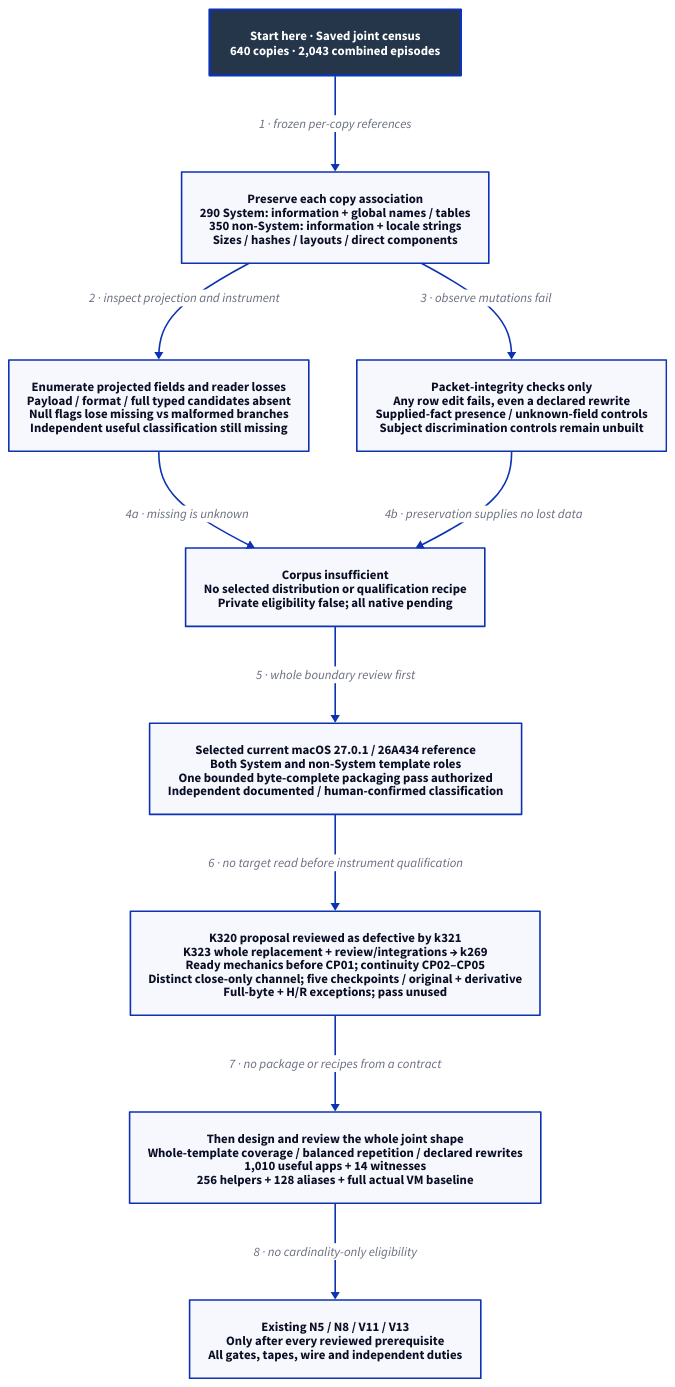
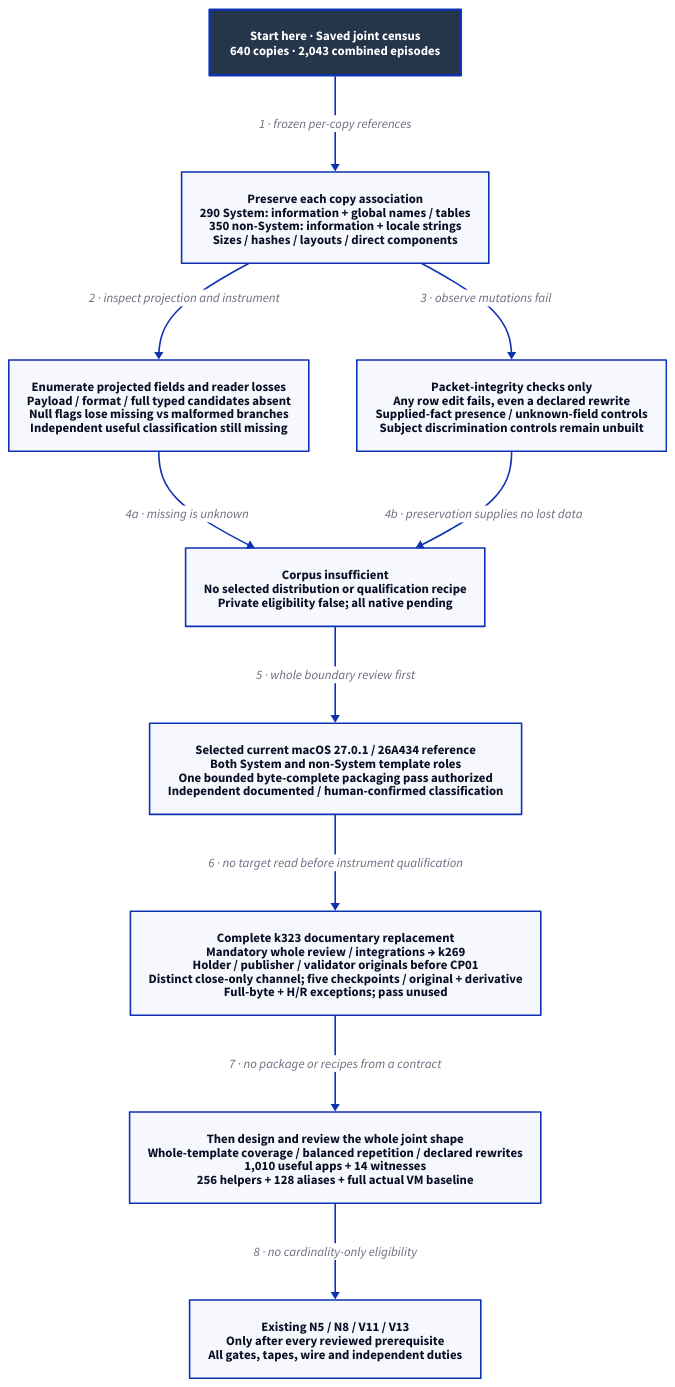
The diagram in docs/design/architecture/native-population-metadata-shape.d2 (Linkuistics/Koine), drawn with D2 before and after one commit. The commit also changed 51 other files, not shown here.

```diff
--- a/docs/design/architecture/native-population-metadata-shape.d2
+++ b/docs/design/architecture/native-population-metadata-shape.d2
@@ -1,23 +1,23 @@
 # Historical boundary and selected current-reference requirements; no useful subject or native pass.
 direction: down
 classes: {
   start: {style: {fill: "#25364B"; font-color: "#FFFFFF"; bold: true; stroke-width: 3}}
 }
 Start: "Start here · Saved joint census\n640 copies · 2,043 combined episodes" {class: start}
 Known: "Preserve each copy association\n290 System: information + global names / tables\n350 non-System: information + locale strings\nSizes / hashes / layouts / direct components"
 Missing: "Enumerate projected fields and reader losses\nPayload / format / full typed candidates absent\nNull flags lose missing vs malformed branches\nIndependent useful classification still missing"
 Control: "Packet-integrity checks only\nAny row edit fails, even a declared rewrite\nSupplied-fact presence / unknown-field controls\nSubject discrimination controls remain unbuilt"
 Boundary: "Corpus insufficient\nNo selected distribution or qualification recipe\nPrivate eligibility false; all native pending"
 Decision: "Selected current macOS 27.0.1 / 26A434 reference\nBoth System and non-System template roles\nOne bounded byte-complete packaging pass authorized\nIndependent documented / human-confirmed classification"
-Contract: "K320 proposal reviewed as defective by k321\nK323 whole replacement + review/integrations → k269\nReady mechanics before CP01; continuity CP02–CP05\nDistinct close-only channel; five checkpoints / original + derivative\nFull-byte + H/R exceptions; pass unused"
+Contract: "Complete k323 documentary replacement\nMandatory whole review / integrations → k269\nHolder / publisher / validator originals before CP01\nDistinct close-only channel; five checkpoints / original + derivative\nFull-byte + H/R exceptions; pass unused"
 Design: "Then design and review the whole joint shape\nWhole-template coverage / balanced repetition / declared rewrites\n1,010 useful apps + 14 witnesses\n256 helpers + 128 aliases + full actual VM baseline"
 Native: "Existing N5 / N8 / V11 / V13\nOnly after every reviewed prerequisite\nAll gates, tapes, wire and independent duties"
 Start -> Known: "1 · frozen per-copy references"
 Known -> Missing: "2 · inspect projection and instrument"
 Known -> Control: "3 · observe mutations fail"
 Missing -> Boundary: "4a · missing is unknown"
 Control -> Boundary: "4b · preservation supplies no lost data"
 Boundary -> Decision: "5 · whole boundary review first"
 Decision -> Contract: "6 · no target read before instrument qualification"
 Contract -> Design: "7 · no package or recipes from a contract"
 Design -> Native: "8 · no cardinality-only eligibility"
```
